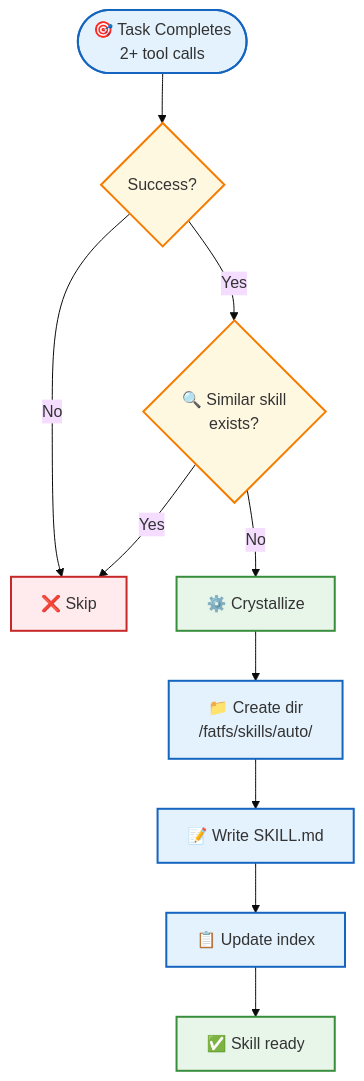
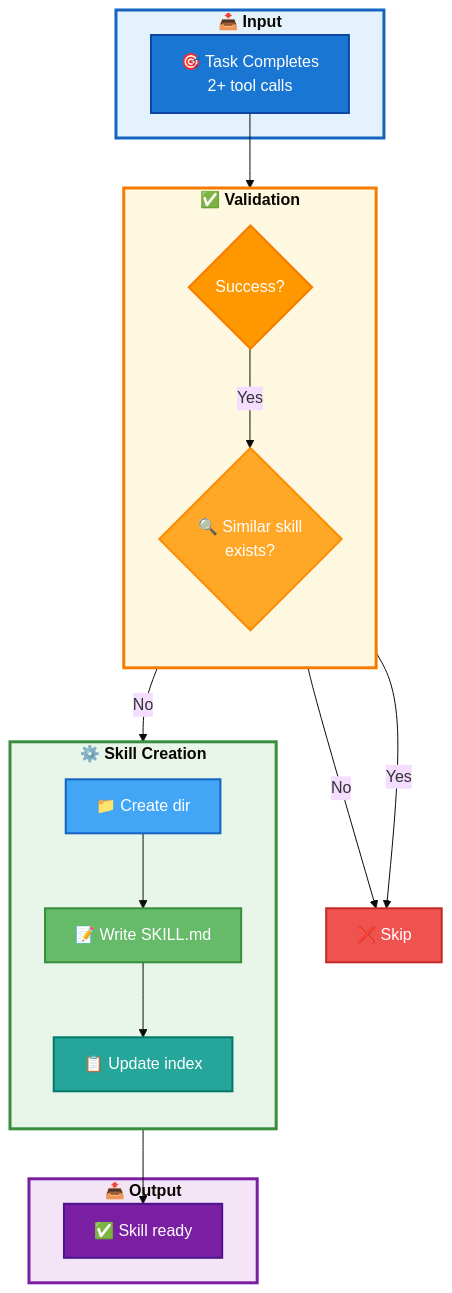
Before and after one commit to beancookie/xiaoclaw: the third of 4 diagrams in README.md, drawn with Mermaid (base theme). The commit also changed other lines of this file and 2 other files, not shown here.

Commit message:
docs: optimize mermaid diagrams with subgraphs and styling
- Add subgraphs to Auto-Crystallization and Auto-Skills diagrams
- Apply consistent styling with rounded corners and colors
- Fix missing lua-scripts and mcp-servers directories in init_fatfs

````diff
--- a/README.md
+++ b/README.md
@@ -475,22 +475,45 @@
 ```mermaid
 flowchart TD
-    A(["🎯 Task Completes<br/>2+ tool calls"]) --> B{Success?}
-    B -->|No| C["❌ Skip"]
-    B -->|Yes| D{"🔍 Similar skill<br/>exists?"}
+    subgraph Input["<b>📥 Input</b>"]
+        A["🎯 Task Completes<br/>2+ tool calls"]
+    end
+
+    subgraph Validation["<b>✅ Validation</b>"]
+        direction TB
+        B{Success?}
+        D{"🔍 Similar skill<br/>exists?"}
+    end
+
+    subgraph Creation["<b>⚙️ Skill Creation</b>"]
+        direction TB
+        E["📁 Create dir"]
+        F["📝 Write SKILL.md"]
+        G["📋 Update index"]
+    end
+
+    subgraph Output["<b>📤 Output</b>"]
+        I["✅ Skill ready"]
+    end
+
+    C["❌ Skip"]
+
+    A --> B
+    B -->|No| C
+    B -->|Yes| D
     D -->|Yes| C
-    D -->|No| E["⚙️ Crystallize"]
-    E --> F["📁 Create dir<br/>/fatfs/skills/auto/"]
-    F --> G["📝 Write SKILL.md"]
-    G --> H["📋 Update index"]
-    H --> I["✅ Skill ready"]
-    
-    style A fill:#e3f2fd,stroke:#1565c0,stroke-width:2px
-    style B fill:#fff8e1,stroke:#f57c00,stroke-width:2px
-    style C fill:#ffebee,stroke:#c62828,stroke-width:2px
-    style D fill:#fff8e1,stroke:#f57c00,stroke-width:2px
-    style E fill:#e8f5e9,stroke:#388e3c,stroke-width:2px
-    style F fill:#e3f2fd,stroke:#1565c0,stroke-width:2px
-    style G fill:#e3f2fd,stroke:#1565c0,stroke-width:2px
-    style H fill:#e3f2fd,stroke:#1565c0,stroke-width:2px
-    style I fill:#e8f5e9,stroke:#388e3c,stroke-width:2px
+    D -->|No| E
+    E --> F --> G --> I
+
+    style Input fill:#e3f2fd,stroke:#1565c0,stroke-width:3px,radius:15px
+    style Validation fill:#fff8e1,stroke:#f57c00,stroke-width:3px,radius:15px
+    style Creation fill:#e8f5e9,stroke:#388e3c,stroke-width:3px,radius:15px
+    style Output fill:#f3e5f5,stroke:#7b1fa2,stroke-width:3px,radius:15px
+    style A fill:#1976d2,stroke:#0d47a1,stroke-width:2px,color:#fff
+    style B fill:#ff9800,stroke:#f57c00,stroke-width:2px,color:#fff
+    style C fill:#ef5350,stroke:#c62828,stroke-width:2px,color:#fff
+    style D fill:#ffa726,stroke:#fb8c00,stroke-width:2px,color:#fff
+    style E fill:#42a5f5,stroke:#1565c0,stroke-width:2px,color:#fff
+    style F fill:#66bb6a,stroke:#388e3c,stroke-width:2px,color:#fff
+    style G fill:#26a69a,stroke:#00796b,stroke-width:2px,color:#fff
+    style I fill:#7b1fa2,stroke:#4a148c,stroke-width:2px,color:#fff
 ```
````
